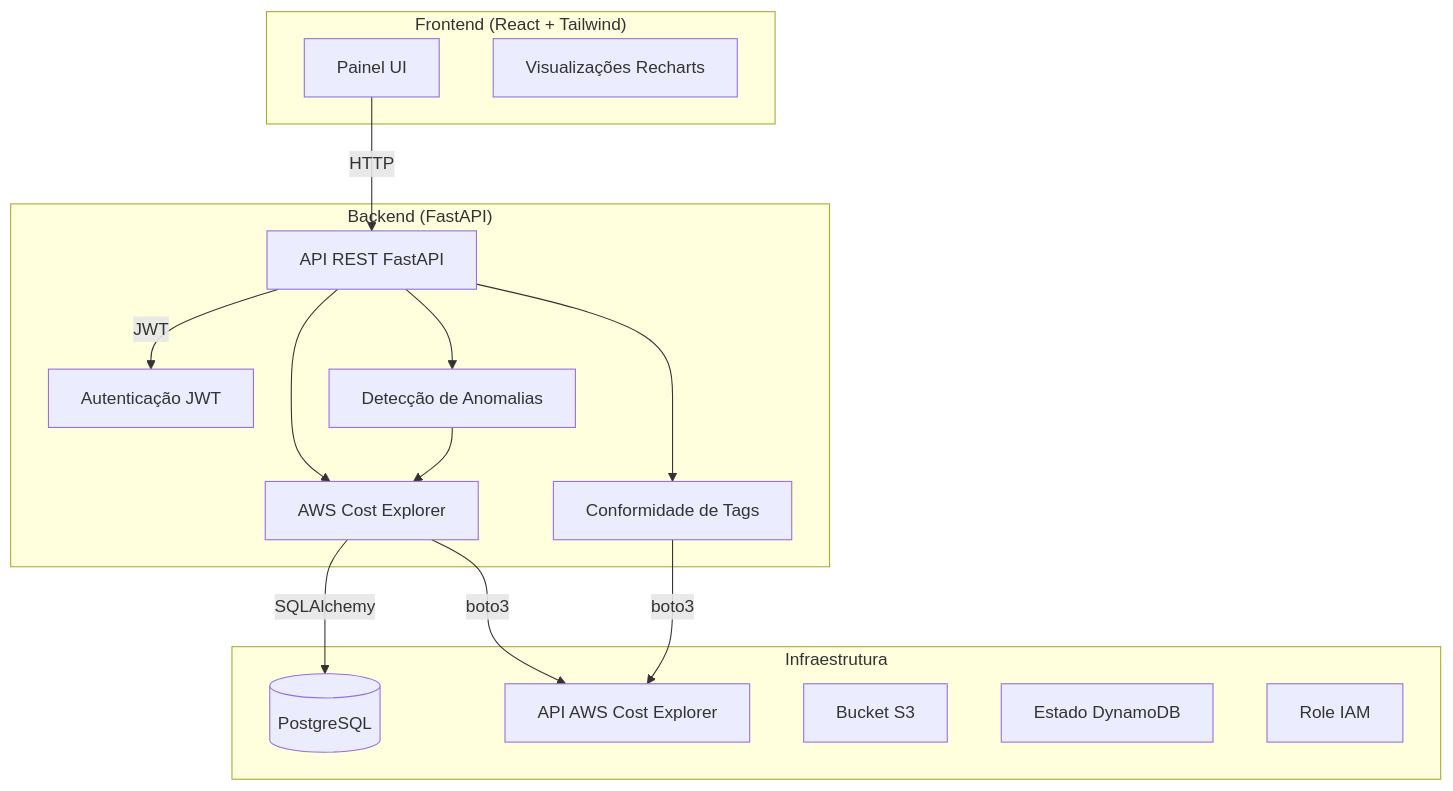
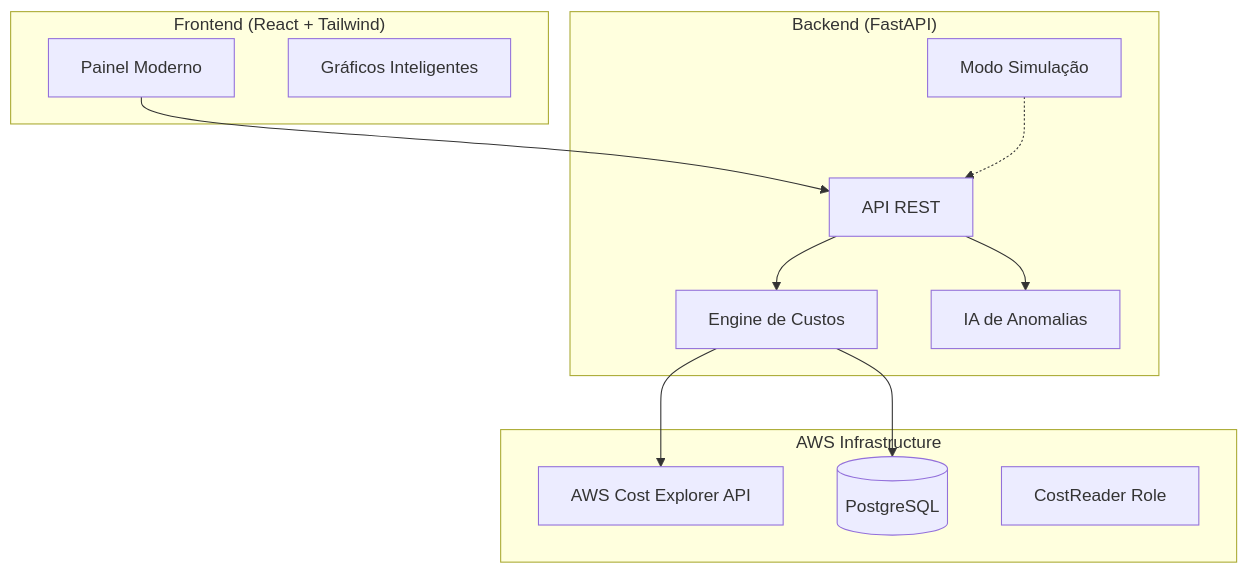
Before and after one commit to leonardodebs/Infrastructure-Cost-Intelligence-Dashboard: the diagram in README.md, drawn with Mermaid. The commit also changed other lines of this file and 21 other files, not shown here.

````diff
--- a/README.md
+++ b/README.md
@@ -7,33 +24,27 @@
 ```mermaid
 graph TB
     subgraph Client["Frontend (React + Tailwind)"]
-        UI[Painel UI]
-        Charts[Visualizações Recharts]
+        UI[Painel Moderno]
+        Charts[Gráficos Inteligentes]
     end
 
     subgraph Backend["Backend (FastAPI)"]
-        API[API REST FastAPI]
-        Auth[Autenticação JWT]
-        CostService[AWS Cost Explorer]
-        AnomalyService[Detecção de Anomalias]
-        TagService[Conformidade de Tags]
+        API[API REST]
+        CostSvc[Engine de Custos]
+        AnomalySvc[IA de Anomalias]
+        MockSvc[Modo Simulação]
     end
 
-    subgraph Infrastructure["Infraestrutura"]
+    subgraph "AWS Infrastructure"
+        CostExp[AWS Cost Explorer API]
         DB[(PostgreSQL)]
-        AWS[API AWS Cost Explorer]
-        S3[Bucket S3]
-        DynamoDB[Estado DynamoDB]
-        IAM[Role IAM]
+        IAM[CostReader Role]
     end
 
-    UI -->|HTTP| API
-    API -->|JWT| Auth
-    API --> CostService
-    API --> AnomalyService
-    API --> TagService
-    CostService -->|boto3| AWS
-    CostService -->|SQLAlchemy| DB
-    AnomalyService --> CostService
-    TagService -->|boto3| AWS
+    UI --> API
+    API --> CostSvc
+    API --> AnomalySvc
+    CostSvc --> CostExp
+    CostSvc --> DB
+    MockSvc -.-> API
 ```
````
